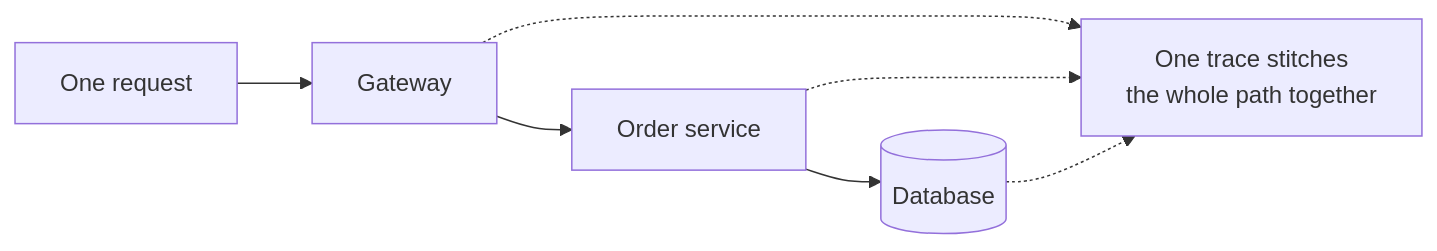
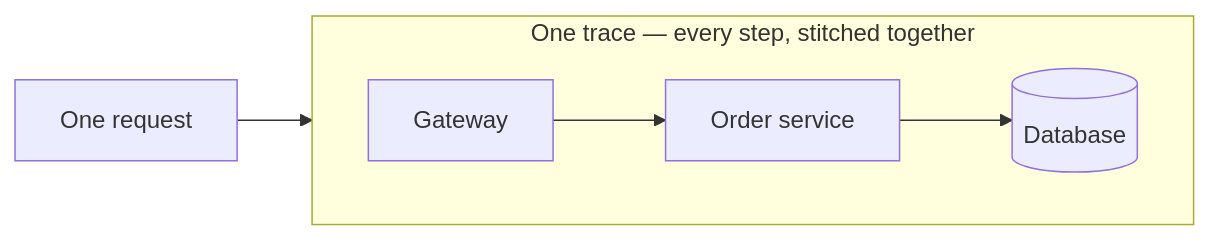
One commit to Dummy-Bug/system-design-handbook changed the third of 6 diagrams in Backend Engineering/19-Self-Hosted-Observability/01-OpenTelemetry.md. Above: the diagram before and after it, drawn with Mermaid. The commit also changed other lines of this file and 10 other files, not shown here.

````diff
--- a/Backend Engineering/19-Self-Hosted-Observability/01-OpenTelemetry.md
+++ b/Backend Engineering/19-Self-Hosted-Observability/01-OpenTelemetry.md
@@ -46,8 +46,8 @@
 ```mermaid
 flowchart LR
-    REQ["One request"] --> GW["Gateway"] --> SVC["Order service"] --> DB[("Database")]
-    GW -.-> T["One trace stitches
-    the whole path together"]
-    SVC -.-> T
-    DB -.-> T
+    REQ["One request"] --> GW
+    subgraph TRACE["One trace — every step, stitched together"]
+        direction LR
+        GW["Gateway"] --> SVC["Order service"] --> DB[("Database")]
+    end
 ```
````
